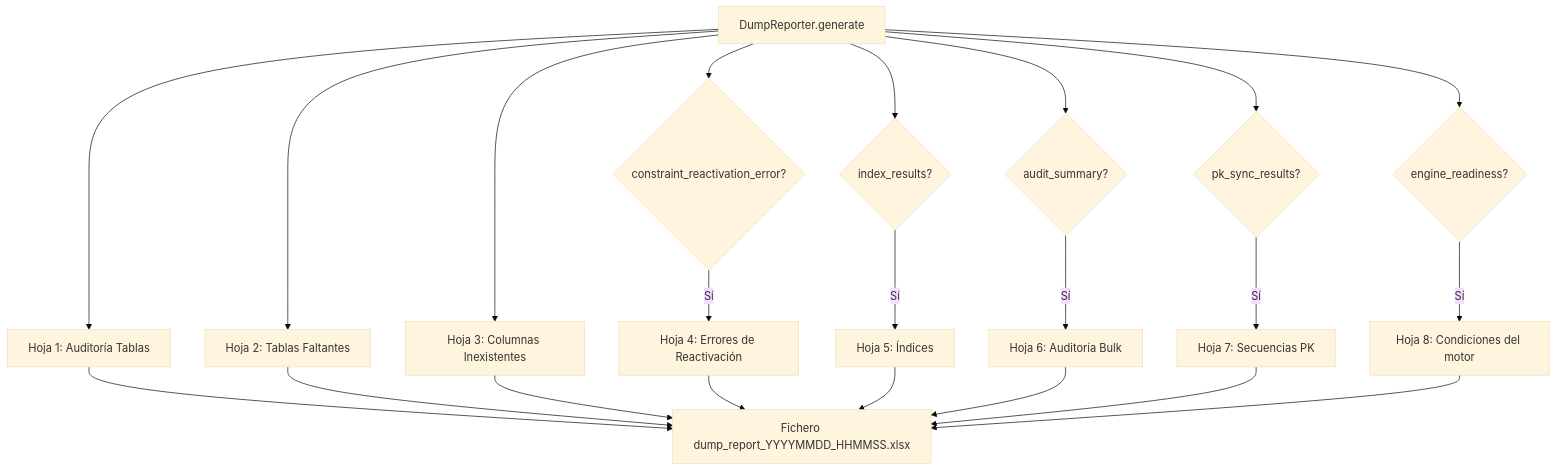
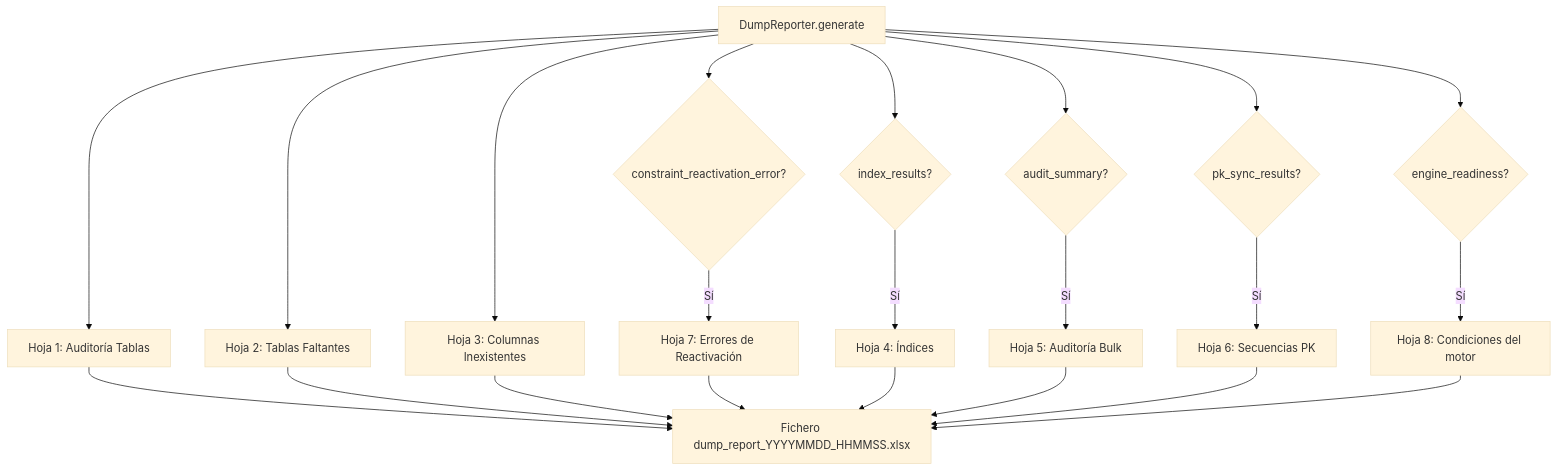
One commit to fmanza/util_bbdd changed the diagram in docs/api/dump_reporter.md. Above: the diagram before and after it, drawn with Mermaid (base theme). The commit also changed other lines of this file and 17 other files, not shown here.

````diff
--- a/docs/api/dump_reporter.md
+++ b/docs/api/dump_reporter.md
@@ -7,17 +7,17 @@
 ```mermaid
 flowchart TD
     A[DumpReporter.generate] --> B[Hoja 1: Auditoría Tablas]
     A --> C[Hoja 2: Tablas Faltantes]
     A --> D[Hoja 3: Columnas Inexistentes]
+    A --> F{index_results?}
+    F -- Sí --> F1[Hoja 4: Índices]
+    A --> H{audit_summary?}
+    H -- Sí --> I[Hoja 5: Auditoría Bulk]
+    A --> J{pk_sync_results?}
+    J -- Sí --> K[Hoja 6: Secuencias PK]
     A --> E{constraint_reactivation_error?}
-    E -- Sí --> E1[Hoja 4: Errores de Reactivación]
-    A --> F{index_results?}
-    F -- Sí --> F1[Hoja 5: Índices]
-    A --> H{audit_summary?}
-    H -- Sí --> I[Hoja 6: Auditoría Bulk]
-    A --> J{pk_sync_results?}
-    J -- Sí --> K[Hoja 7: Secuencias PK]
+    E -- Sí --> E1[Hoja 7: Errores de Reactivación]
     A --> L{engine_readiness?}
     L -- Sí --> M[Hoja 8: Condiciones del motor]
     B & C & D & E1 & F1 & I & K & M --> G[Fichero dump_report_YYYYMMDD_HHMMSS.xlsx]
 ```
````
